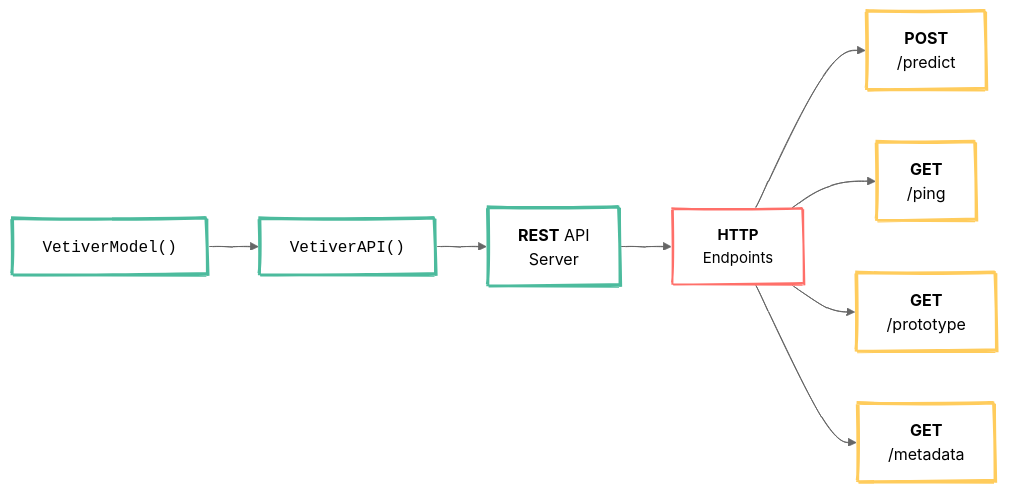
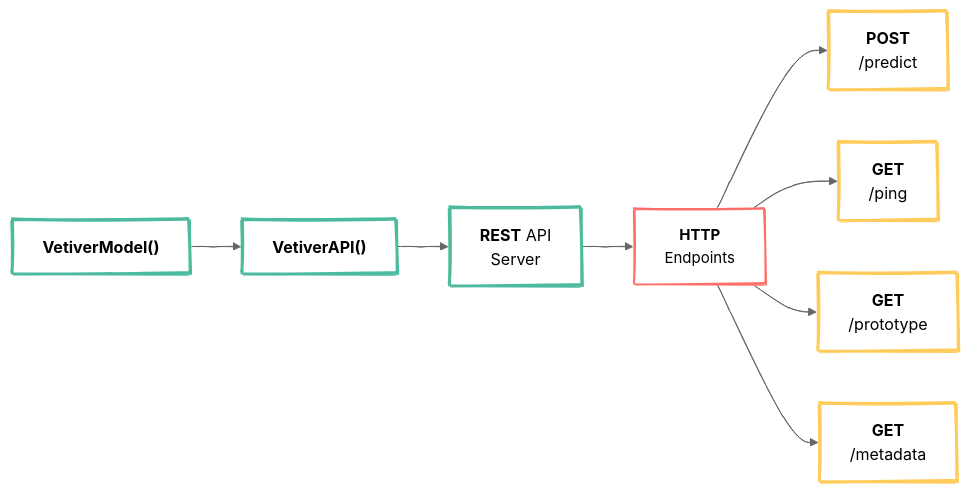
One commit to mjfrigaard/do4ds-labs changed the fifth of 5 diagrams in lab2.qmd. Above: the diagram before and after it, drawn with Mermaid. The commit also changed other lines of this file and 34 other files, not shown here.

Commit message:
updates to mermaid

````diff
--- a/lab2.qmd
+++ b/lab2.qmd
@@ -423,25 +424,25 @@
 ```{mermaid}
 %%| fig-cap: 'VetiverAPI()'
 %%| fig-align: center
 %%{init: {'theme': 'neutral', 'look': 'handDrawn', 'themeVariables': { 'fontFamily': 'monospace', "fontSize":"16px"}}}%%
 flowchart LR
-    VetMod["<code>VetiverModel()</code>"] --> VetAPI["<code>VetiverAPI()</code>"]
+    VetMod["<strong>VetiverModel()</strong>"] --> VetAPI["<strong>VetiverAPI()</strong>"]
     VetAPI --> REST["<strong>REST</strong> API<br>Server"]
     REST --> HttpEP["<strong>HTTP</strong><br>Endpoints"]
     
     HttpEP --> Post["<strong>POST</strong><br>/predict"]
     HttpEP --> GetPing["<strong>GET</strong><br>/ping"]
     HttpEP --> GetProto["<strong>GET</strong><br>/prototype"]
     HttpEP --> GetMeta["<strong>GET</strong><br>/metadata"]
     
     style VetMod fill:#FFF,stroke:#4CBB9D,color:#000,stroke-width:3px,rx:10,ry:10,font-size:16px
     style VetAPI fill:#FFF,stroke:#4CBB9D,color:#000,stroke-width:3px,rx:10,ry:10,font-size:16px
     style REST fill:#FFF,stroke:#4CBB9D,color:#000,stroke-width:3px,rx:10,ry:10,font-size:16px
     
     style HttpEP fill:#FFF,stroke:#ff6f69,color:#000,stroke-width:2px,rx:5,ry:5,font-size:15px
     
     style Post fill:#FFF,stroke:#ffcc5c,color:#000,stroke-width:3px,rx:10,ry:10,font-size:16px
     style GetPing fill:#FFF,stroke:#ffcc5c,color:#000,stroke-width:3px,rx:10,ry:10,font-size:16px
     style GetProto fill:#FFF,stroke:#ffcc5c,color:#000,stroke-width:3px,rx:10,ry:10,font-size:16px
     style GetMeta fill:#FFF,stroke:#ffcc5c,color:#000,stroke-width:3px,rx:10,ry:10,font-size:16px
 ```
````
